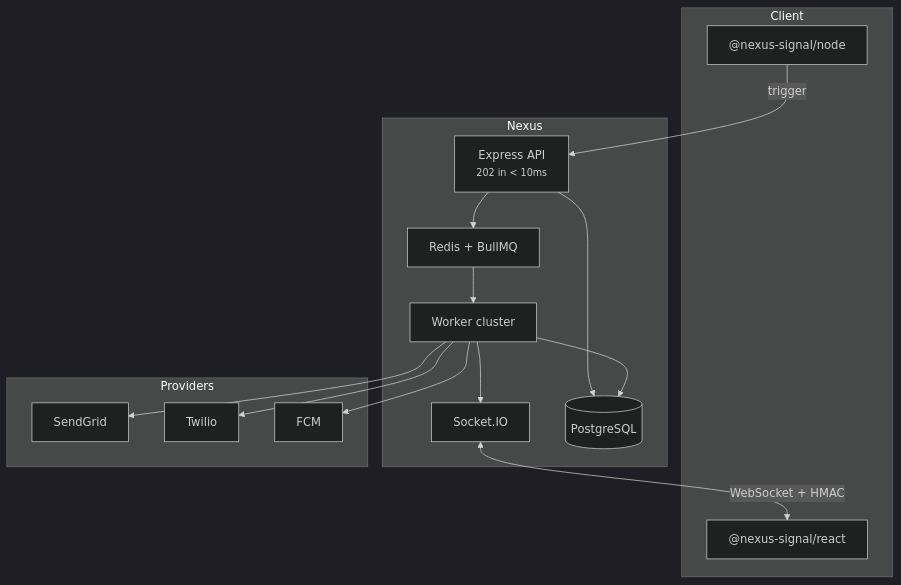
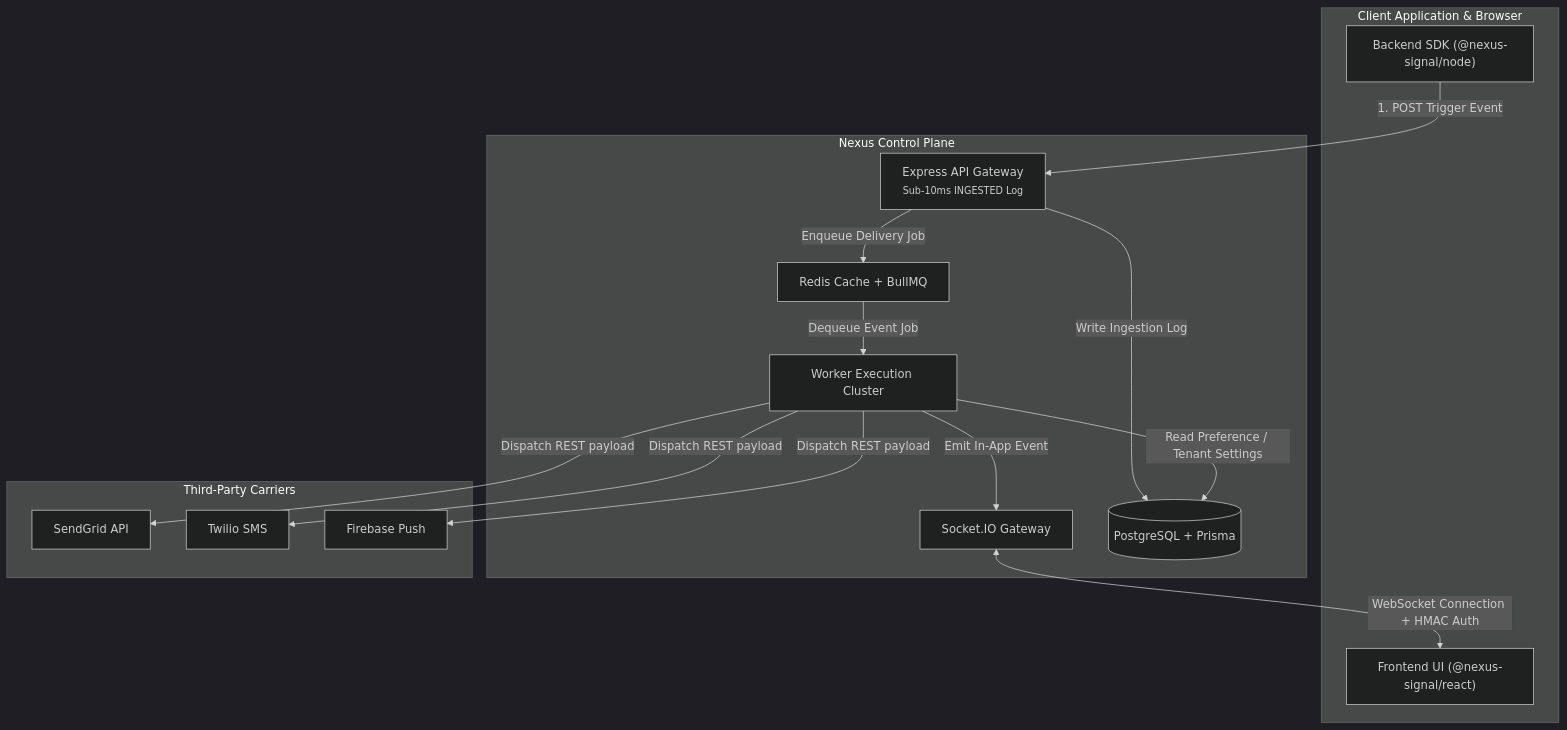
Before and after one commit to KriyanshKhunt/nexus_docs: the diagram in content/docs/en/platform/concepts/architecture.mdx, drawn with Mermaid (dark theme). The commit also changed other lines of this file and 9 other files, not shown here.

````diff
--- a/content/docs/en/platform/concepts/architecture.mdx
+++ b/content/docs/en/platform/concepts/architecture.mdx
@@ -8,30 +14,30 @@
 ```mermaid
 flowchart TB
-  subgraph Client
-    SDK["@nexus-signal/node"]
-    UI["@nexus-signal/react"]
+  subgraph Client [Client Application & Browser]
+    SDK["Backend SDK (@nexus-signal/node)"]
+    UI["Frontend UI (@nexus-signal/react)"]
   end
 
-  subgraph Nexus
-    API["Express API<br/><small>202 in &lt; 10ms</small>"]
-    Q["Redis + BullMQ"]
-    W["Worker cluster"]
-    WS["Socket.IO"]
-    DB[(PostgreSQL)]
+  subgraph Nexus [Nexus Control Plane]
+    API["Express API Gateway<br/><small>Sub-10ms INGESTED Log</small>"]
+    Q["Redis Cache + BullMQ"]
+    W["Worker Execution Cluster"]
+    WS["Socket.IO Gateway"]
+    DB[(PostgreSQL + Prisma)]
   end
 
-  subgraph Providers
-    SG[SendGrid]
-    TW[Twilio]
-    FCM[FCM]
+  subgraph Providers [Third-Party Carriers]
+    SG[SendGrid API]
+    TW[Twilio SMS]
+    FCM[Firebase Push]
   end
 
-  SDK -->|trigger| API
-  API --> DB
-  API --> Q
-  Q --> W
-  W --> DB
-  W --> SG & TW & FCM
-  W --> WS
-  WS <-->|WebSocket + HMAC| UI
+  SDK -->|1. POST Trigger Event| API
+  API -->|Write Ingestion Log| DB
+  API -->|Enqueue Delivery Job| Q
+  Q -->|Dequeue Event Job| W
+  W -->|Read Preference / Tenant Settings| DB
+  W -->|Dispatch REST payload| SG & TW & FCM
+  W -->|Emit In-App Event| WS
+  WS <-->|WebSocket Connection + HMAC Auth| UI
 ```
````
